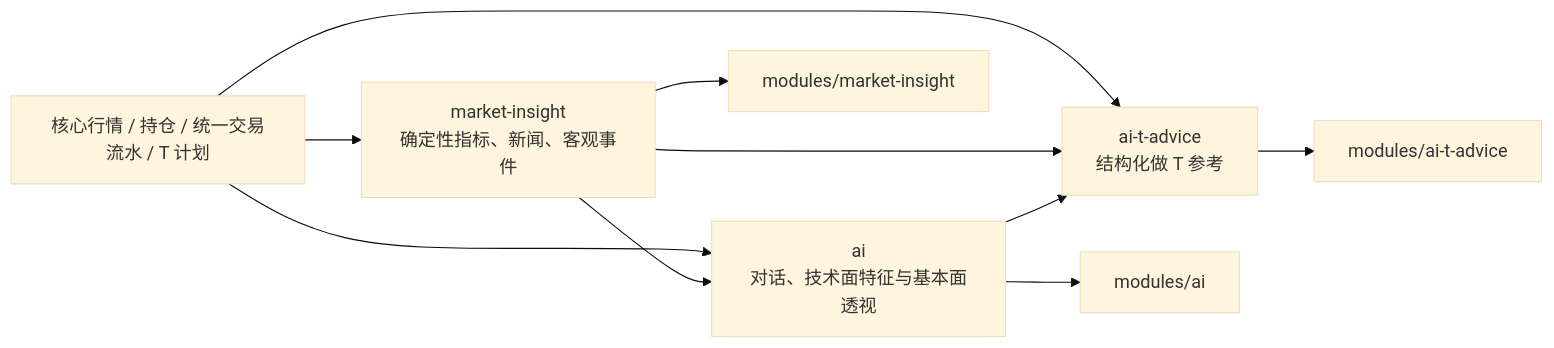
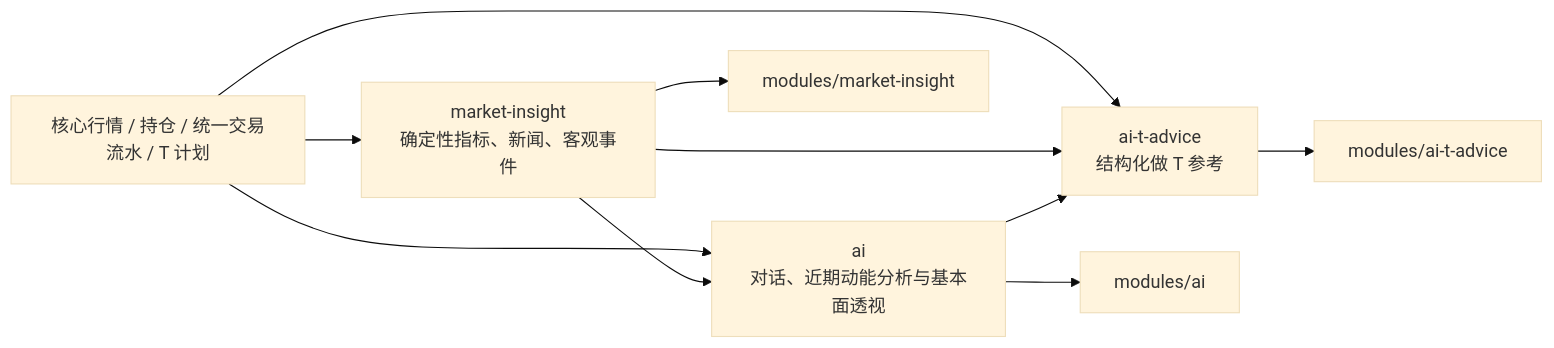
One commit to SingleOne/JianZhang changed the first of 2 diagrams in docs/wiki/08-ai-extension-points.md. Above: the diagram before and after it, drawn with Mermaid (base theme). The commit also changed other lines of this file and 21 other files, not shown here.

````diff
--- a/docs/wiki/08-ai-extension-points.md
+++ b/docs/wiki/08-ai-extension-points.md
@@ -9,12 +9,12 @@
 ```mermaid
 flowchart LR
     CORE["核心行情 / 持仓 / 统一交易流水 / T 计划"] --> INSIGHT["market-insight<br/>确定性指标、新闻、客观事件"]
-    CORE --> AI["ai<br/>对话、技术面特征与基本面透视"]
+    CORE --> AI["ai<br/>对话、近期动能分析与基本面透视"]
     INSIGHT --> AI
     CORE --> TAI["ai-t-advice<br/>结构化做 T 参考"]
     INSIGHT --> TAI
     AI --> TAI
     AI --> AISTORE["modules/ai"]
     INSIGHT --> ISTORE["modules/market-insight"]
     TAI --> TSTORE["modules/ai-t-advice"]
 ```
````
